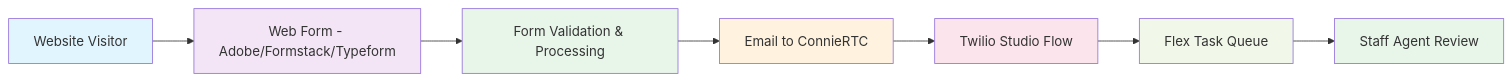
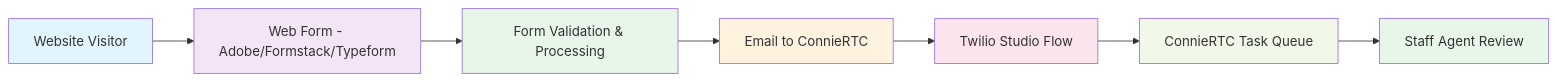
The diagram in docs/end-users/cbo-admins/channels/web/web-forms/select-provider.md (ConnieML/docs.connie), drawn with Mermaid before and after one commit. The commit also changed other lines of this file and 120 other files, not shown here.

Commit message:
Replace Twilio with Connie and Flex with ConnieRTC throughout documentation

````diff
--- a/docs/end-users/cbo-admins/channels/web/web-forms/select-provider.md
+++ b/docs/end-users/cbo-admins/channels/web/web-forms/select-provider.md
@@ -17,17 +17,17 @@
 ```mermaid
 flowchart LR
     A[Website Visitor] --> B[Web Form - Adobe/Formstack/Typeform]
     B --> C[Form Validation & Processing]
     C --> D[Email to ConnieRTC]
     D --> E[Twilio Studio Flow]
-    E --> F[Flex Task Queue]
+    E --> F[ConnieRTC Task Queue]
     F --> G[Staff Agent Review]
     
     style A fill:#e1f5fe
     style B fill:#f3e5f5
     style C fill:#e8f5e9
     style D fill:#fff3e0
     style E fill:#fce4ec
     style F fill:#f1f8e9
     style G fill:#e8f5e9
 ```
````
